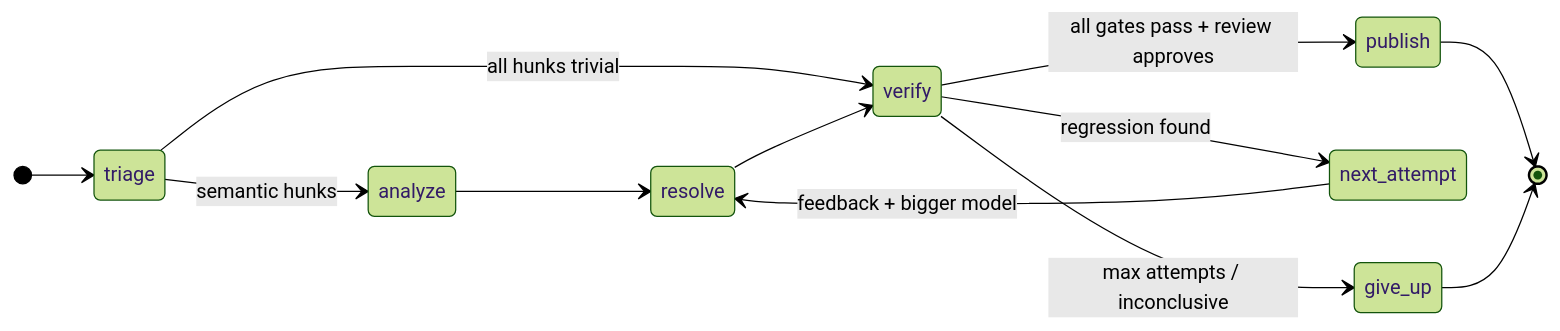
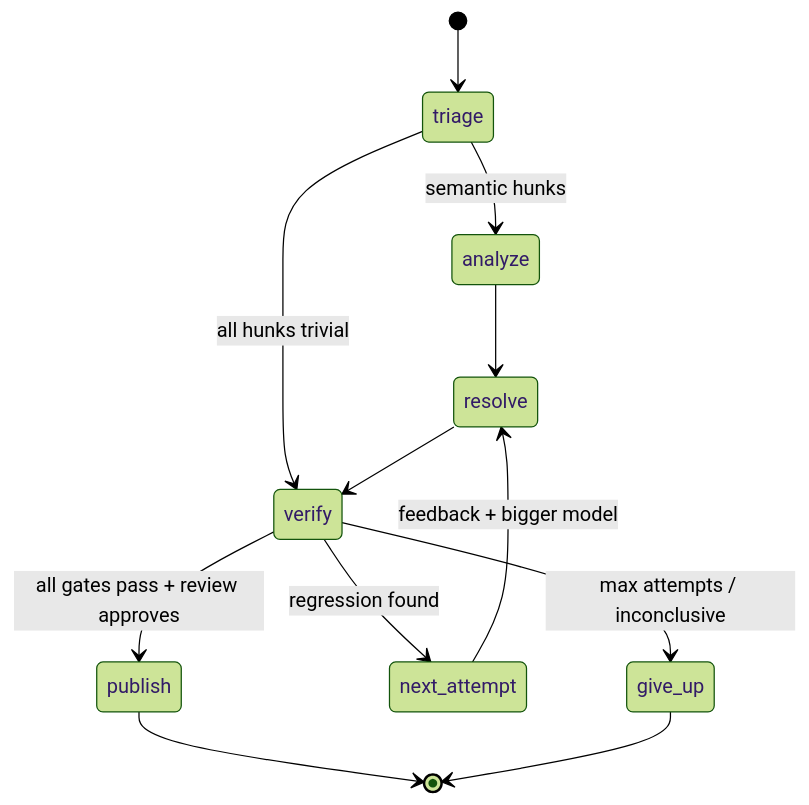
The second of 3 diagrams in README.md (vedant-1807/ai-merge-conflict-resolver), drawn with Mermaid (forest theme) before and after one commit. The commit also changed other lines of this file, not shown here.

Commit message:
README: top-down diagrams for readability

````diff
--- a/README.md
+++ b/README.md
@@ -59,15 +63,14 @@
 ```mermaid
 stateDiagram-v2
-    direction LR
     [*] --> triage
     triage --> analyze: semantic hunks
     triage --> verify: all hunks trivial
     analyze --> resolve
     resolve --> verify
     verify --> publish: all gates pass + review approves
     verify --> next_attempt: regression found
     next_attempt --> resolve: feedback + bigger model
     verify --> give_up: max attempts / inconclusive
     publish --> [*]
     give_up --> [*]
 ```
````
